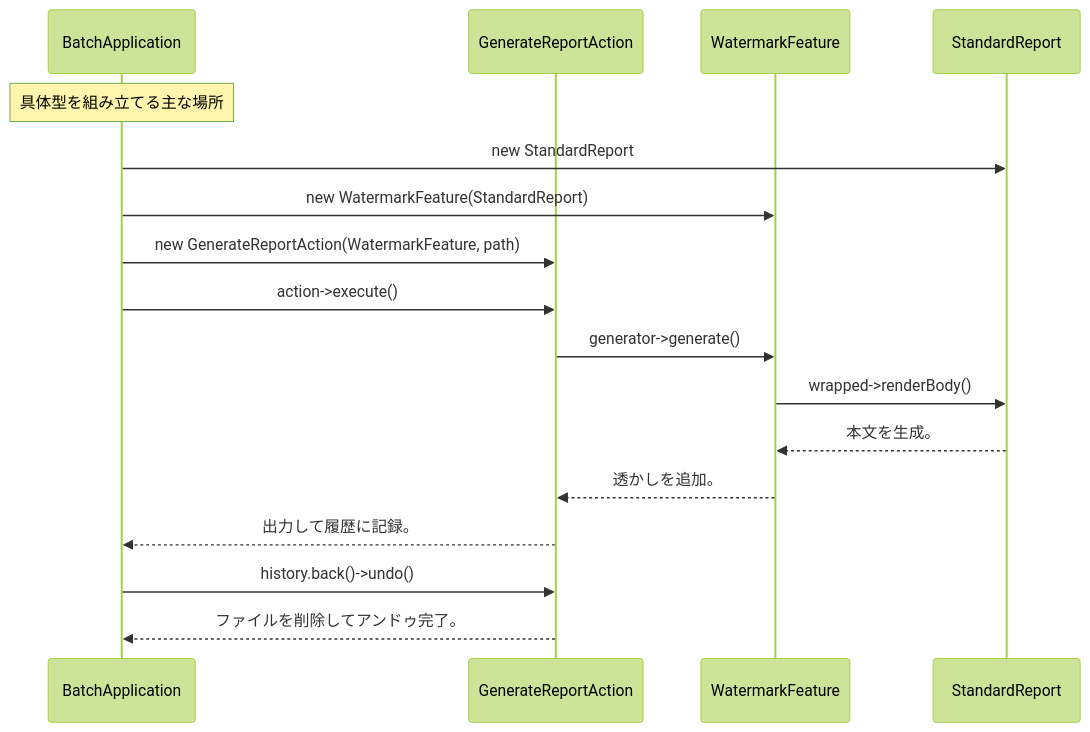
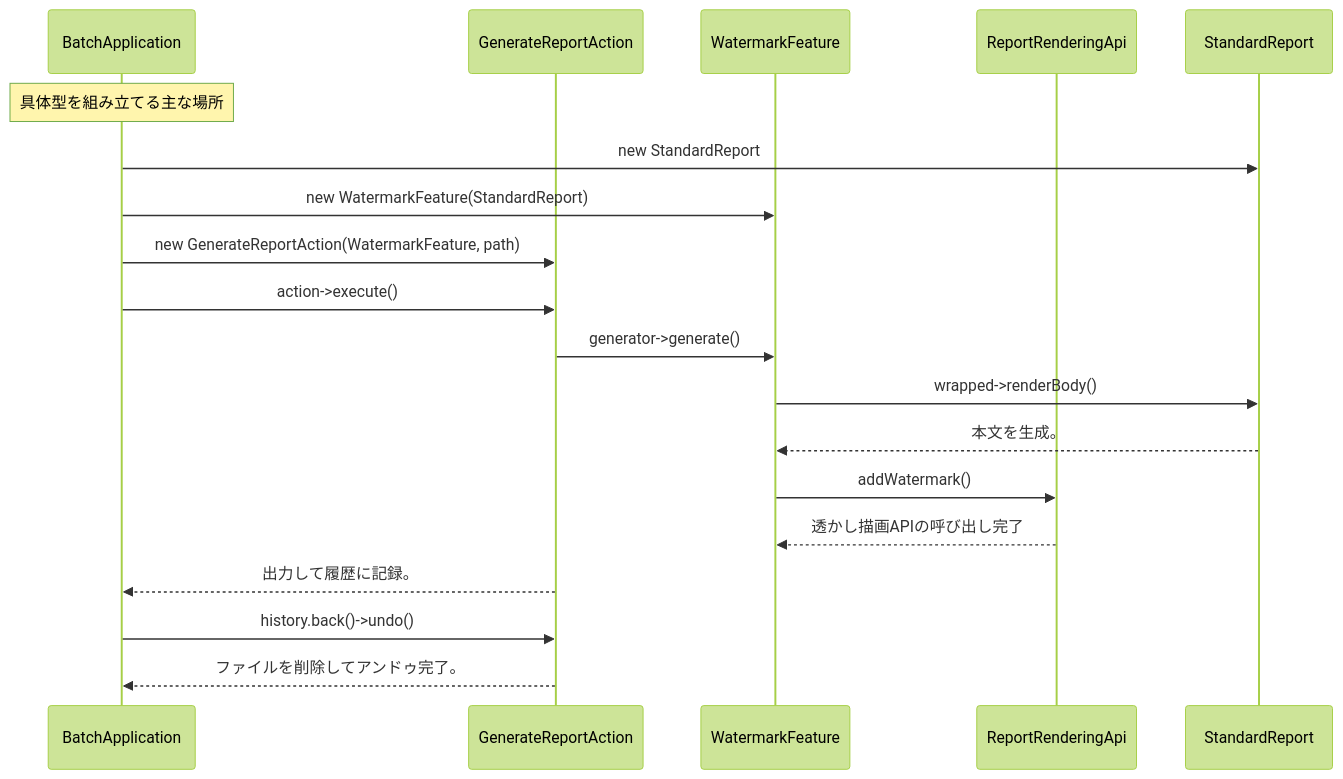
Before and after one commit to kumachan1101-pixel/DesignPattern: the sixth of 8 diagrams in kindle/design-patterns/output/chapter11.md, drawn with Mermaid (forest theme). The commit also changed other lines of this file and 8 other files, not shown here.

````diff
--- a/kindle/design-patterns/output/chapter11.md
+++ b/kindle/design-patterns/output/chapter11.md
@@ -1550,19 +1601,21 @@
 ```mermaid
 sequenceDiagram
     participant BA as BatchApplication
     participant GRA as GenerateReportAction
     participant WF as WatermarkFeature
+    participant RRA as ReportRenderingApi
     participant SR as StandardReport
     Note over BA: 具体型を組み立てる主な場所
     BA->>SR: new StandardReport
     BA->>WF: new WatermarkFeature(StandardReport)
     BA->>GRA: new GenerateReportAction(WatermarkFeature, path)
     BA->>GRA: action->execute()
     GRA->>WF: generator->generate()
     WF->>SR: wrapped->renderBody()
     SR-->>WF: 本文を生成。
-    WF-->>GRA: 透かしを追加。
+    WF->>RRA: addWatermark()
+    RRA-->>WF: 透かし描画APIの呼び出し完了
     GRA-->>BA: 出力して履歴に記録。
     BA->>GRA: history.back()->undo()
     GRA-->>BA: ファイルを削除してアンドゥ完了。
 ```
````
